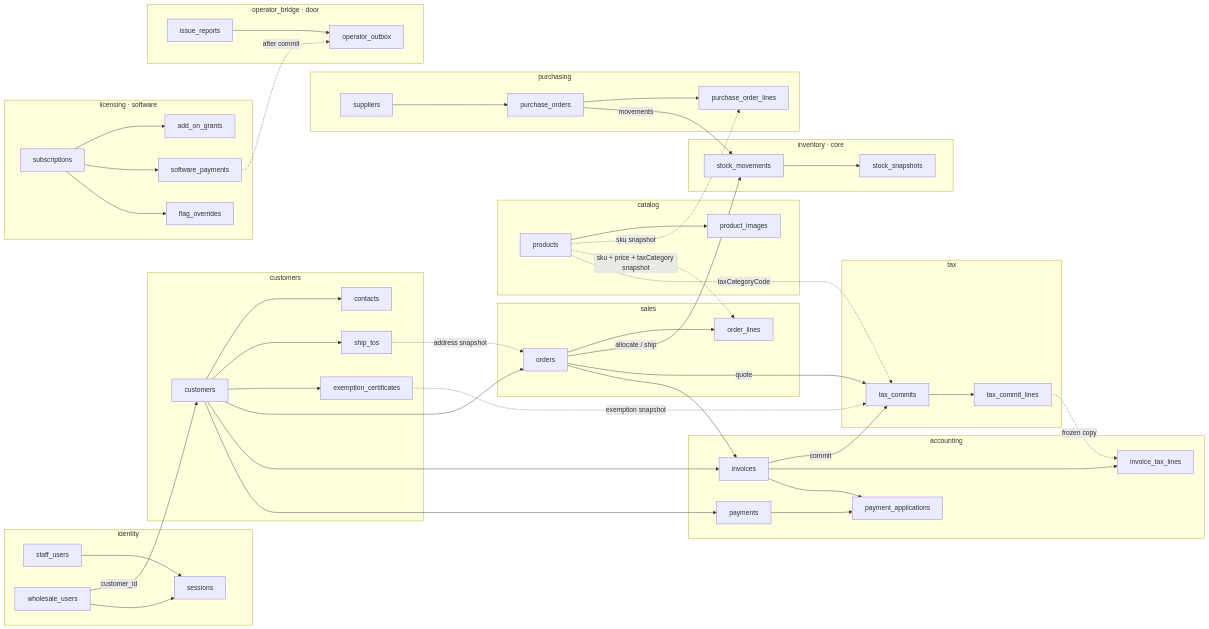
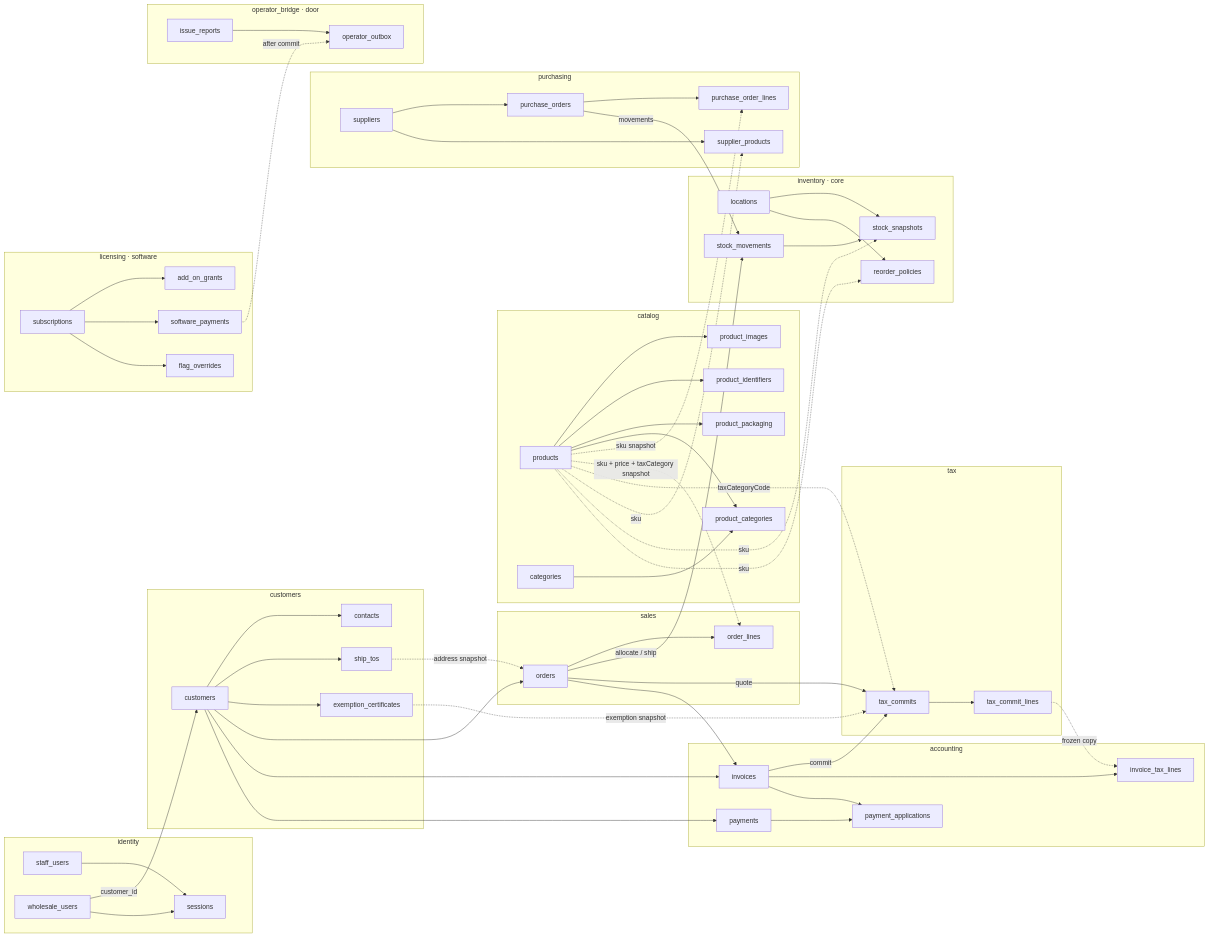
Before and after one commit to adamhinckley/dc-inventory: the first of 4 diagrams in docs/database-design.md, drawn with Mermaid. The commit also changed other lines of this file and 11 other files, not shown here.

First line of the commit message:
Add product browser schema glossary and related documentation

```diff
--- a/docs/database-design.md
+++ b/docs/database-design.md
@@ -22,6 +24,10 @@
   subgraph catalog["catalog"]
     products
     product_images
+    product_identifiers
+    product_packaging
+    categories
+    product_categories
   end
 
   subgraph customers["customers"]
@@ -37,12 +43,15 @@
   end
 
   subgraph inventory["inventory · core"]
+    locations
     stock_movements
     stock_snapshots
+    reorder_policies
   end
 
   subgraph purchasing["purchasing"]
     suppliers
+    supplier_products
     purchase_orders
     purchase_order_lines
   end
@@ -76,13 +85,24 @@
   wholesale_users --> sessions
 
   products --> product_images
+  products --> product_identifiers
+  products --> product_packaging
+  products --> product_categories
+  categories --> product_categories
   products -.->|sku snapshot| purchase_order_lines
   products -.->|sku + price + taxCategory snapshot| order_lines
   products -.->|taxCategoryCode| tax_commits
+  products -.->|sku| supplier_products
 
   suppliers --> purchase_orders
+  suppliers --> supplier_products
   purchase_orders --> purchase_order_lines
   purchase_orders -->|movements| stock_movements
+
+  locations --> stock_snapshots
+  locations --> reorder_policies
+  products -.->|sku| stock_snapshots
+  products -.->|sku| reorder_policies
 
   customers_t --> contacts
   customers_t --> ship_tos
```
